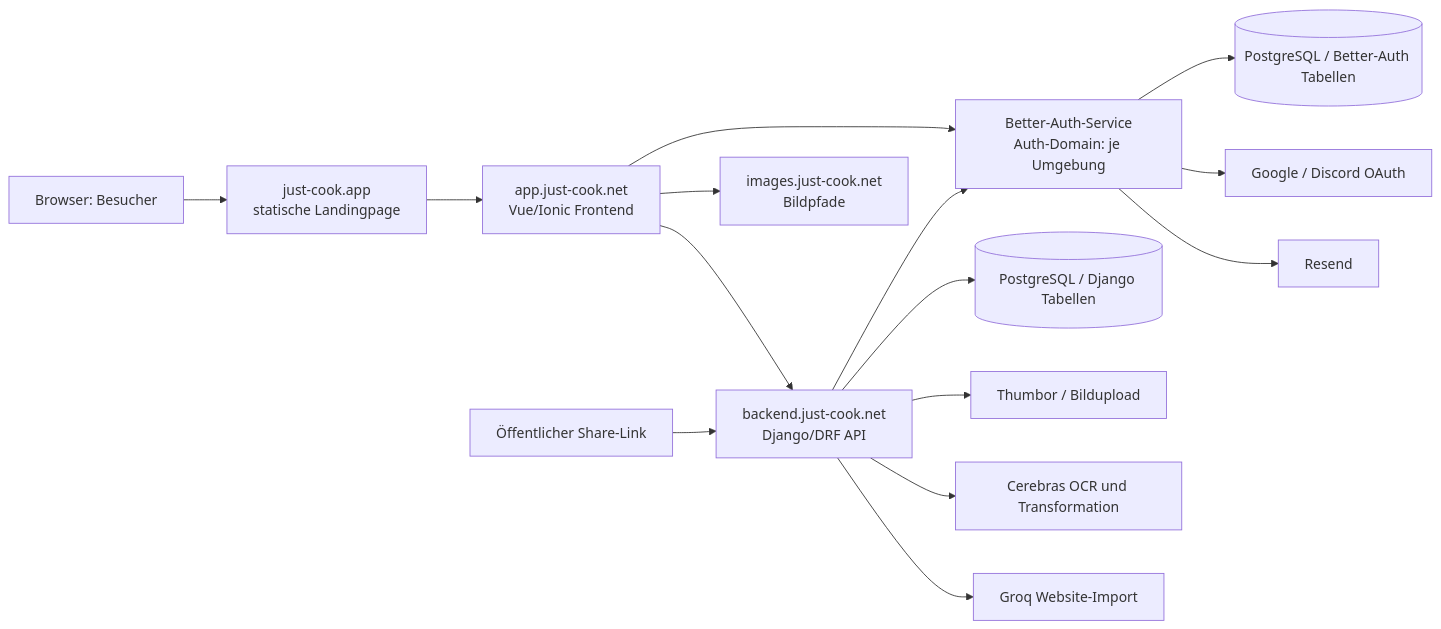
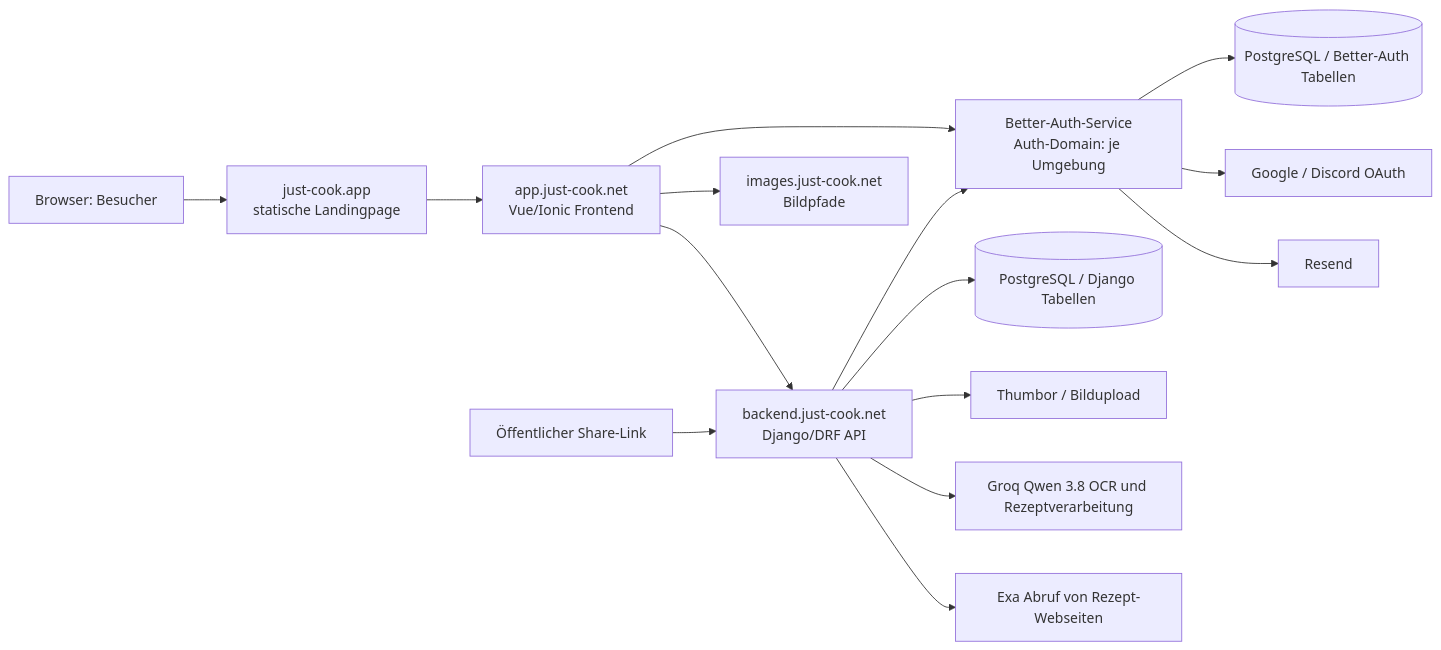
The diagram in IST-ANALYSE.md (Calmantras/Just_Cook_Docs), drawn with Mermaid before and after one commit. The commit also changed other lines of this file and 1 other file, not shown here.

Commit message:
docs: update AI provider and website import flow

````diff
--- a/IST-ANALYSE.md
+++ b/IST-ANALYSE.md
@@ -13,17 +14,17 @@
 ```mermaid
 flowchart LR
     Visitor[Browser: Besucher] --> Index[just-cook.app<br/>statische Landingpage]
     Index --> App[app.just-cook.net<br/>Vue/Ionic Frontend]
     App --> Auth[Better-Auth-Service<br/>Auth-Domain: je Umgebung]
     App --> API[backend.just-cook.net<br/>Django/DRF API]
     App --> Images[images.just-cook.net<br/>Bildpfade]
     Auth --> AuthDB[(PostgreSQL / Better-Auth Tabellen)]
     Auth --> OAuth[Google / Discord OAuth]
     Auth --> Mail[Resend]
     API --> Auth
     API --> DomainDB[(PostgreSQL / Django Tabellen)]
     API --> Thumbor[Thumbor / Bildupload]
-    API --> Cerebras[Cerebras OCR und Transformation]
-    API --> Groq[Groq Website-Import]
+    API --> Groq[Groq Qwen 3.8 OCR und Rezeptverarbeitung]
+    API --> Exa[Exa Abruf von Rezept-Webseiten]
     Share[Öffentlicher Share-Link] --> API
 ```
````
